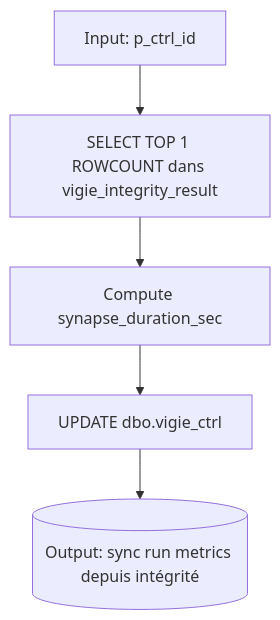
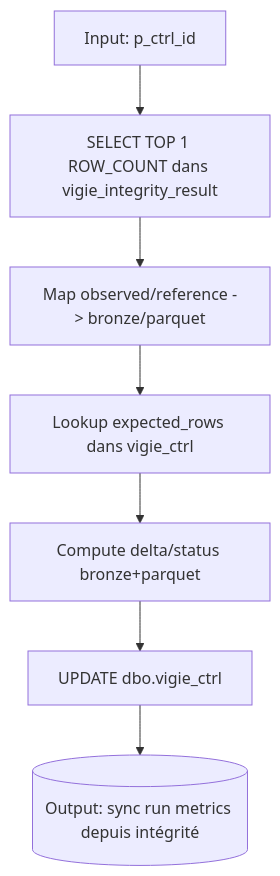
One commit to lawiz22/OeilTest changed the fifth of 5 diagrams in docs/technical_reference/stored_procedures.md. Above: the diagram before and after it, drawn with Mermaid. The commit also changed other lines of this file and 2 other files, not shown here.

````diff
--- a/docs/technical_reference/stored_procedures.md
+++ b/docs/technical_reference/stored_procedures.md
@@ -182,7 +184,9 @@
 ```mermaid
 flowchart TD
-	A[Input: p_ctrl_id] --> B[SELECT TOP 1 ROWCOUNT dans vigie_integrity_result]
-	B --> C[Compute synapse_duration_sec]
-	C --> D[UPDATE dbo.vigie_ctrl]
-	D --> E[(Output: sync run metrics depuis intégrité)]
+	A[Input: p_ctrl_id] --> B[SELECT TOP 1 ROW_COUNT dans vigie_integrity_result]
+	B --> C[Map observed/reference -> bronze/parquet]
+	C --> D[Lookup expected_rows dans vigie_ctrl]
+	D --> E[Compute delta/status bronze+parquet]
+	E --> F[UPDATE dbo.vigie_ctrl]
+	F --> G[(Output: sync run metrics depuis intégrité)]
 ```
````
